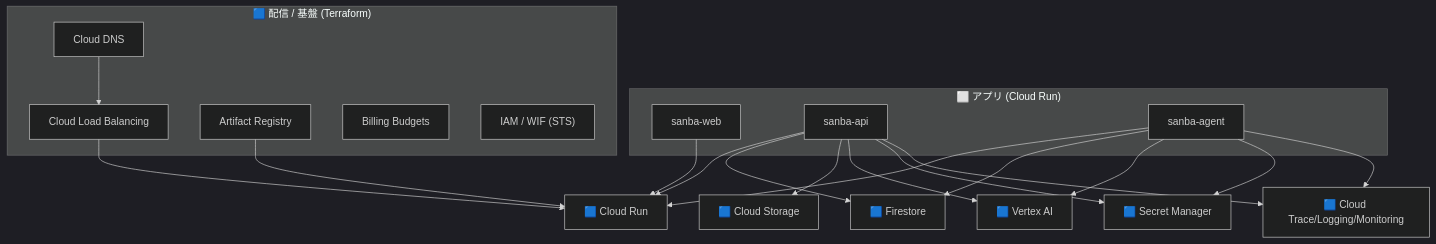
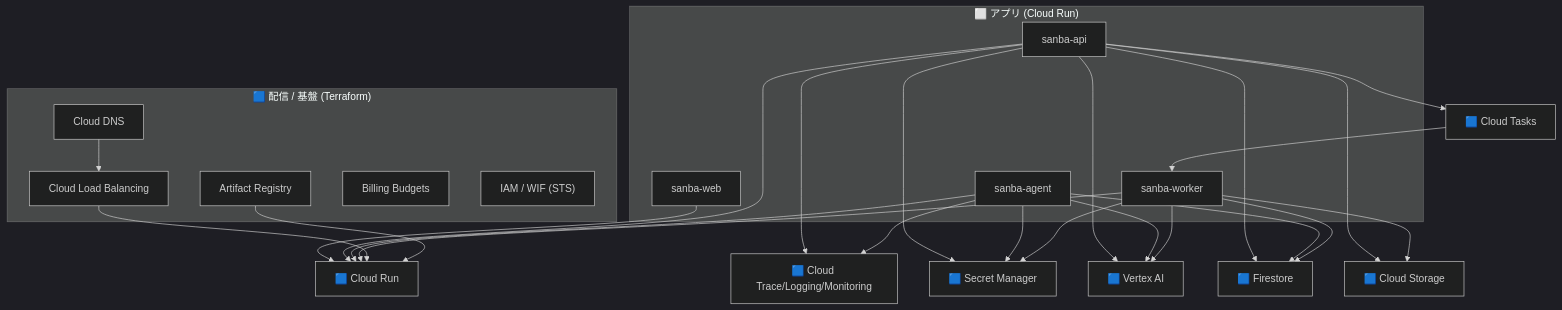
Before and after one commit to godhuu0505/sanba: the second of 13 diagrams in docs/architecture-analysis.md, drawn with Mermaid (dark theme). The commit also changed other lines of this file and 2 other files, not shown here.

First line of the commit message:
docs: apps/worker (sanba-worker) をアーキテクチャドキュメントに反映

````diff
--- a/docs/architecture-analysis.md
+++ b/docs/architecture-analysis.md
@@ -123,34 +136,42 @@
 ```mermaid
 flowchart TB
   subgraph apps["⬜ アプリ (Cloud Run)"]
     WEB["sanba-web"]
     API["sanba-api"]
     AGENT["sanba-agent"]
+    WORKER["sanba-worker"]
   end
 
   WEB --> RUN["🟦 Cloud Run"]
   API --> RUN
   AGENT --> RUN
+  WORKER --> RUN
 
   API --> FS["🟦 Firestore"]
   AGENT --> FS
+  WORKER --> FS
   API --> GCS["🟦 Cloud Storage"]
+  WORKER --> GCS
   API --> VTX["🟦 Vertex AI"]
   AGENT --> VTX
+  WORKER --> VTX
   API --> SM["🟦 Secret Manager"]
   AGENT --> SM
+  WORKER --> SM
+  API --> CT["🟦 Cloud Tasks"]
+  CT --> WORKER
 
   API --> OTEL["🟦 Cloud Trace/Logging/Monitoring"]
   AGENT --> OTEL
 
   subgraph platform["🟦 配信 / 基盤 (Terraform)"]
     LB["Cloud Load Balancing"]
     DNS["Cloud DNS"]
     AR["Artifact Registry"]
     BUD["Billing Budgets"]
     IAM["IAM / WIF (STS)"]
   end
   LB --> RUN
   DNS --> LB
   AR --> RUN
 ```
````
